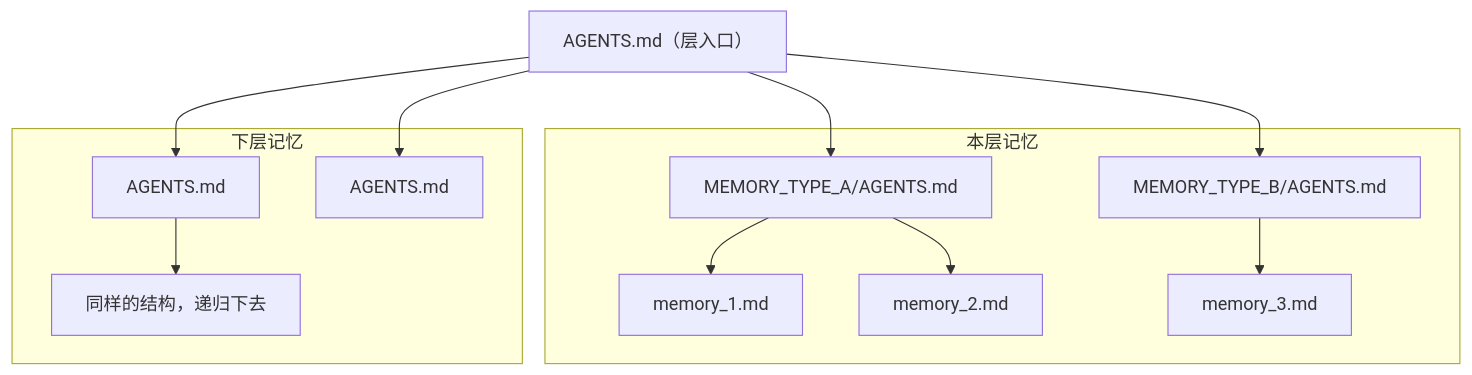
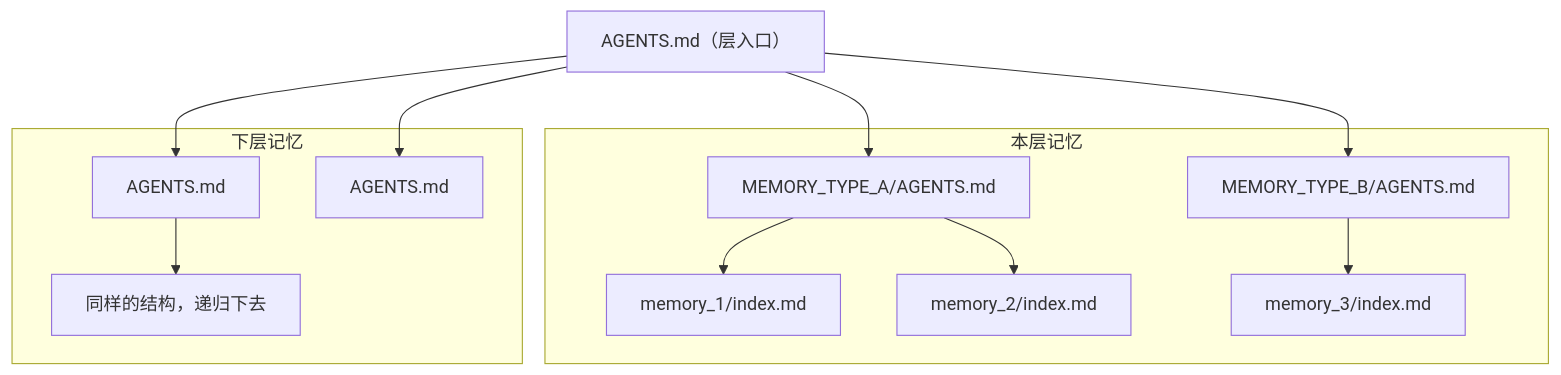
One commit to VirusPC/edges changed the diagram in extensions/skills/project-memory-init/references/PROTOCOL.md. Above: the diagram before and after it, drawn with Mermaid. The commit also changed other lines of this file and 68 other files, not shown here.

````diff
--- a/extensions/skills/project-memory-init/references/PROTOCOL.md
+++ b/extensions/skills/project-memory-init/references/PROTOCOL.md
@@ -5,27 +5,27 @@
 ```mermaid
 flowchart TD
     Root["AGENTS.md（层入口）"]
 
     subgraph localMem [本层记忆]
         EntryA["MEMORY_TYPE_A/AGENTS.md"]
         EntryB["MEMORY_TYPE_B/AGENTS.md"]
-        MemA1["memory_1.md"]
-        MemA2["memory_2.md"]
-        MemB1["memory_3.md"]
+        MemA1["memory_1/index.md"]
+        MemA2["memory_2/index.md"]
+        MemB1["memory_3/index.md"]
         EntryA --> MemA1
         EntryA --> MemA2
         EntryB --> MemB1
     end
 
     subgraph children [下层记忆]
         Sub1["AGENTS.md"]
         Sub2["AGENTS.md"]
         Dots["同样的结构，递归下去"]
         Sub1 --> Dots
     end
 
     Root --> EntryA
     Root --> EntryB
     Root --> Sub1
     Root --> Sub2
 ```
````
